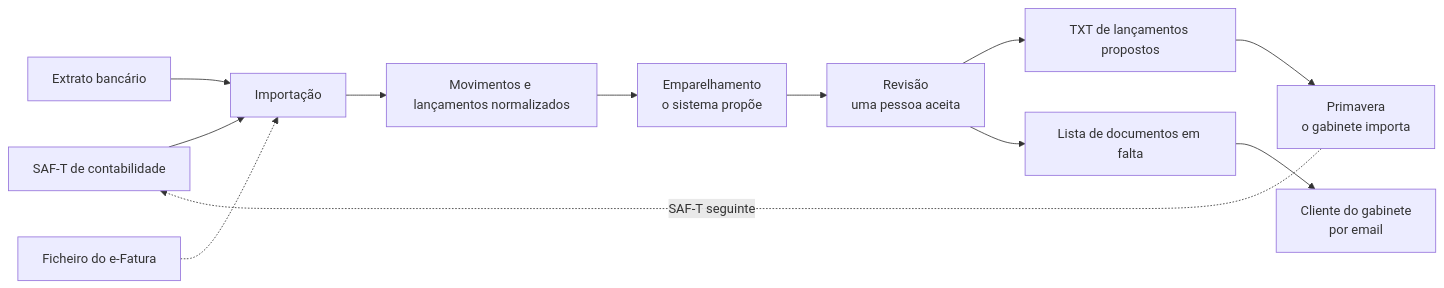
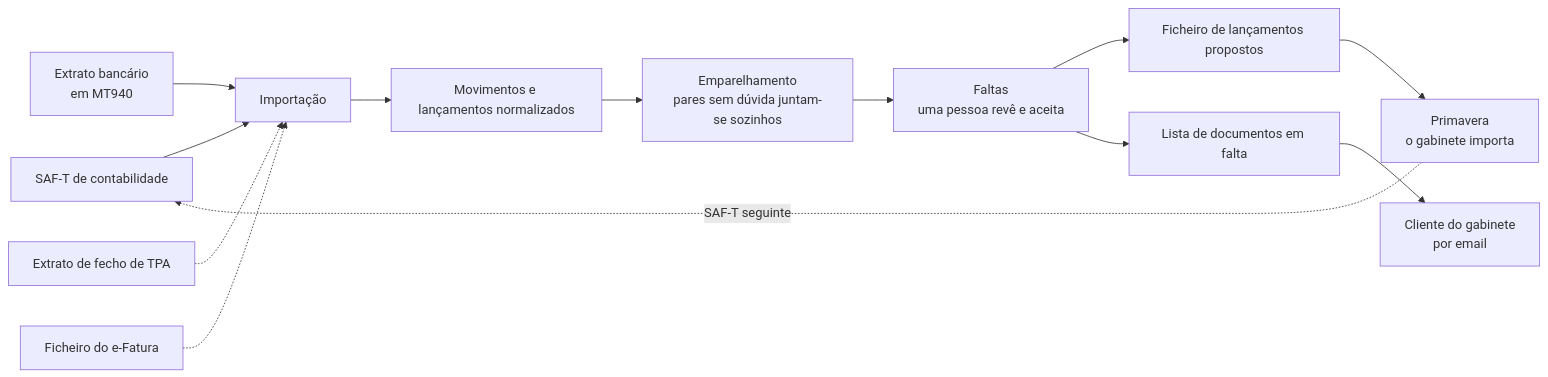
Before and after one commit to RafaelFerraz2002/bate-certo: the first of 2 diagrams in docs/modelo-dominio.md, drawn with Mermaid. The commit also changed other lines of this file, not shown here.

````diff
--- a/docs/modelo-dominio.md
+++ b/docs/modelo-dominio.md
@@ -21,14 +32,15 @@
 ```mermaid
 flowchart LR
   SAFT[SAF-T de contabilidade] --> IMP[Importação]
-  EXT[Extrato bancário] --> IMP
+  EXT[Extrato bancário<br/>em MT940] --> IMP
+  TPAX[Extrato de fecho de TPA] -.-> IMP
   EF[Ficheiro do e-Fatura] -.-> IMP
   IMP --> NORM[Movimentos e lançamentos normalizados]
-  NORM --> EMP[Emparelhamento<br/>o sistema propõe]
-  EMP --> REV[Revisão<br/>uma pessoa aceita]
-  REV --> TXT[TXT de lançamentos propostos]
+  NORM --> EMP[Emparelhamento<br/>pares sem dúvida juntam-se sozinhos]
+  EMP --> REV[Faltas<br/>uma pessoa revê e aceita]
+  REV --> TXT[Ficheiro de lançamentos propostos]
   REV --> FALTA[Lista de documentos em falta]
   TXT --> PRI[Primavera<br/>o gabinete importa]
   PRI -.->|SAF-T seguinte| SAFT
   FALTA --> CLI[Cliente do gabinete<br/>por email]
 ```
````
